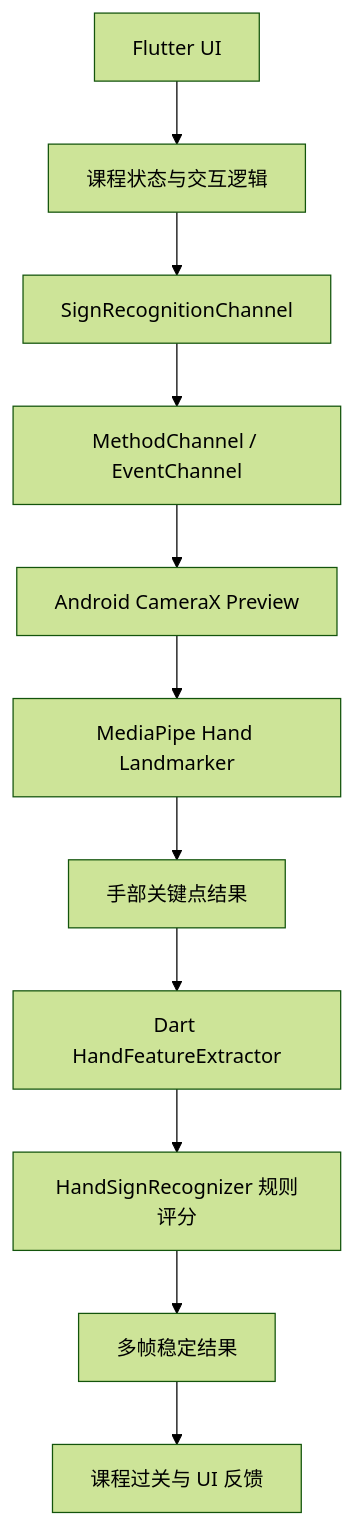
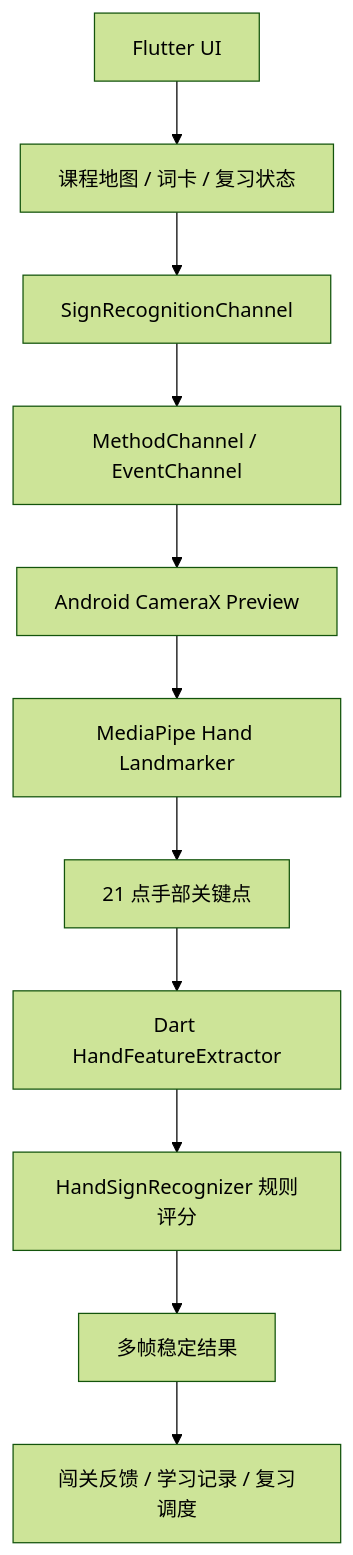
One commit to Aurora1094/silent-voice changed the second of 2 diagrams in README.md. Above: the diagram before and after it, drawn with Mermaid (forest theme). The commit also changed other lines of this file, not shown here.

````diff
--- a/README.md
+++ b/README.md
@@ -73,13 +103,13 @@
 ```mermaid
 flowchart TD
-    A[Flutter UI] --> B[课程状态与交互逻辑]
+    A[Flutter UI] --> B[课程地图 / 词卡 / 复习状态]
     B --> C[SignRecognitionChannel]
     C --> D[MethodChannel / EventChannel]
     D --> E[Android CameraX Preview]
     E --> F[MediaPipe Hand Landmarker]
-    F --> G[手部关键点结果]
+    F --> G[21 点手部关键点]
     G --> H[Dart HandFeatureExtractor]
     H --> I[HandSignRecognizer 规则评分]
     I --> J[多帧稳定结果]
-    J --> K[课程过关与 UI 反馈]
+    J --> K[闯关反馈 / 学习记录 / 复习调度]
 ```
````
